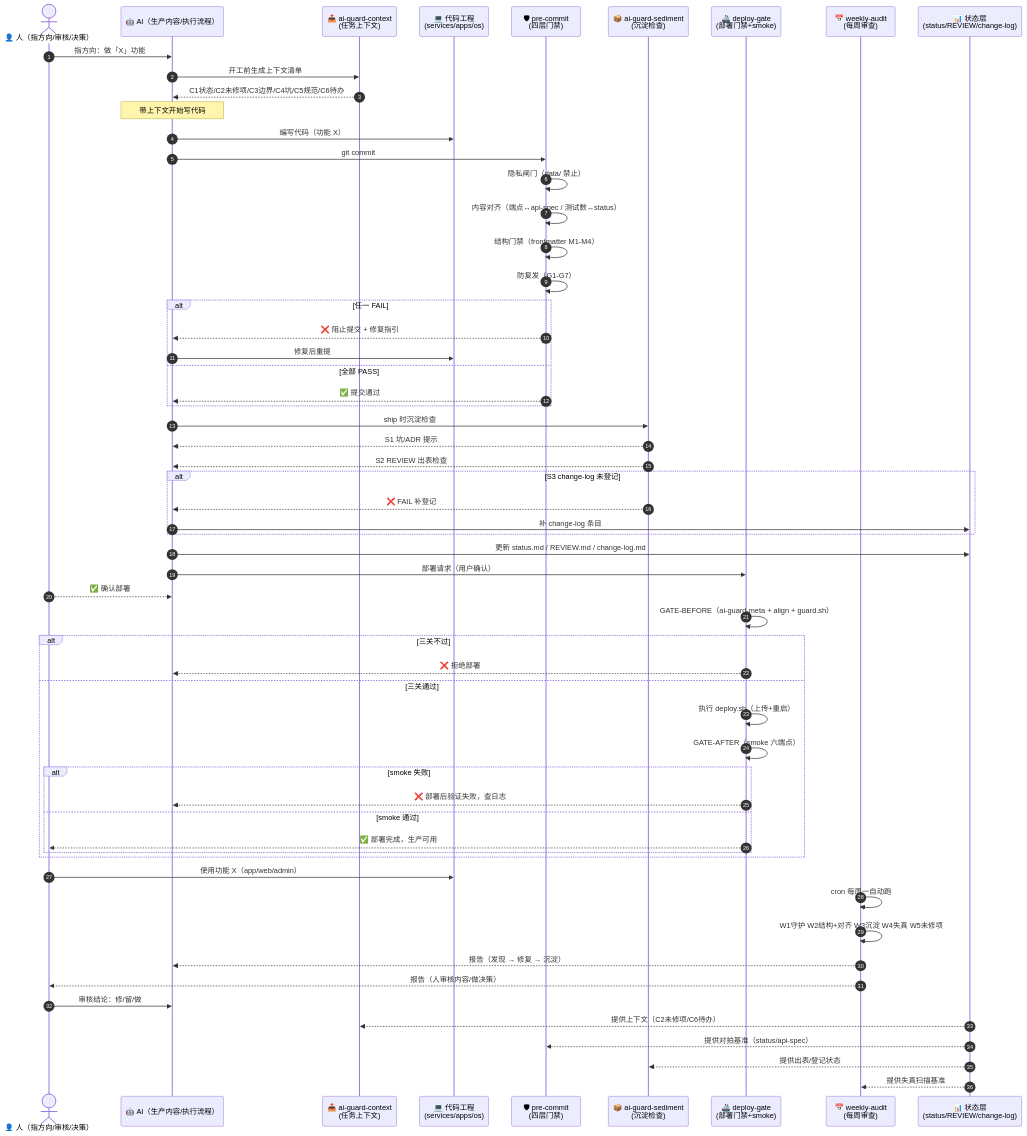
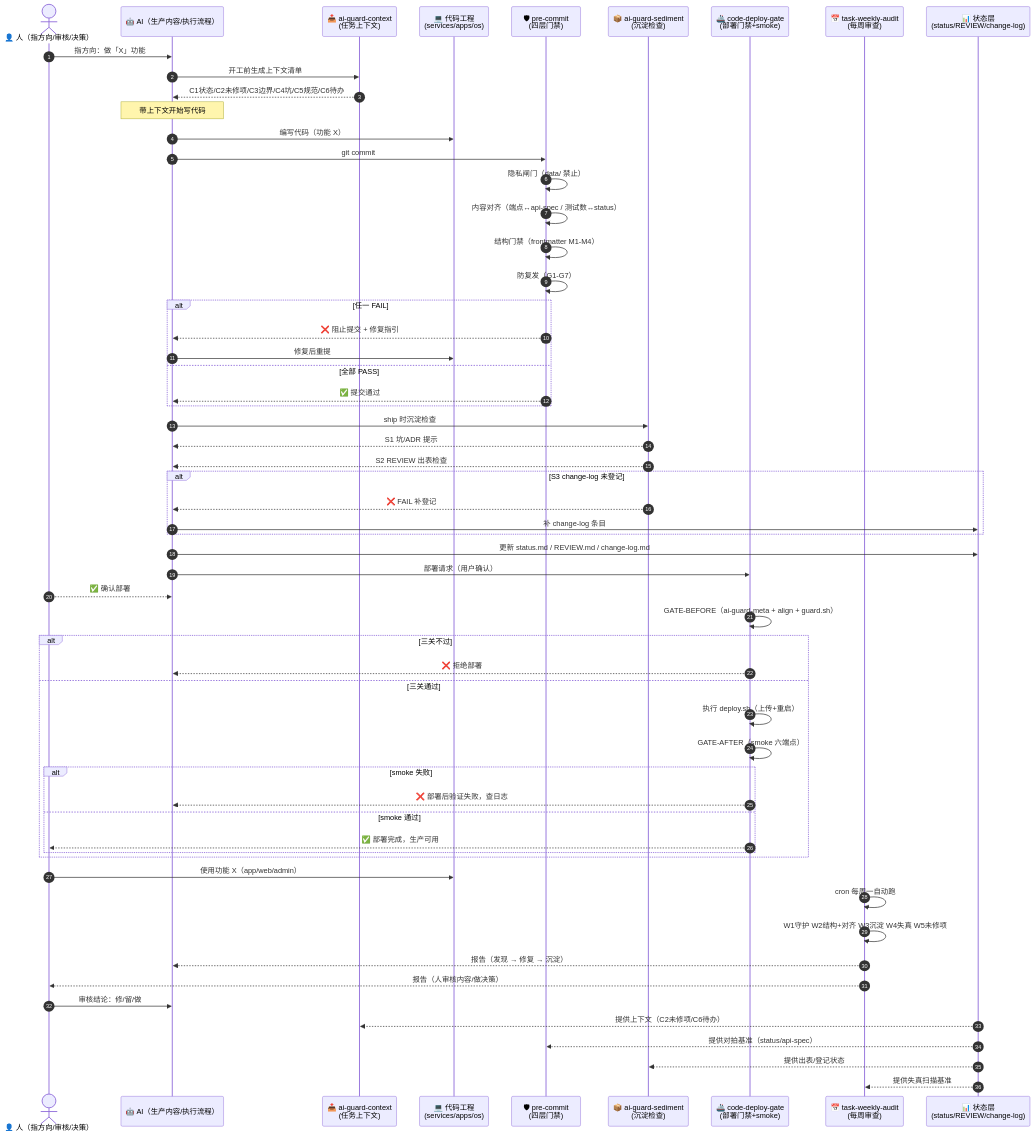
The diagram in .agents/method/pipeline-sequence.mmd (adaios/adaios), drawn with Mermaid before and after one commit. The commit also changed 90 other files, not shown here.

```diff
--- a/.agents/method/pipeline-sequence.mmd
+++ b/.agents/method/pipeline-sequence.mmd
@@ -1,79 +1,79 @@
 %% AdaiOS 功能生命周期时序图（Mermaid sequenceDiagram）
 %% 一个功能从「任务」到「上线」的完整交互顺序
 %% 渲染：Obsidian / GitHub / VS Code Mermaid 插件
 
 sequenceDiagram
     autonumber
     actor User as 👤 人（指方向/审核/决策）
     participant AI as 🤖 AI（生产内容/执行流程）
     participant CTX as 📥 ai-guard-context<br/>(任务上下文)
     participant CODE as 💻 代码工程<br/>(services/apps/os)
     participant HOOK as 🛡 pre-commit<br/>(四层门禁)
     participant SED as 📦 ai-guard-sediment<br/>(沉淀检查)
-    participant GATE as 🚢 deploy-gate<br/>(部署门禁+smoke)
-    participant WEEK as 📅 weekly-audit<br/>(每周审查)
+    participant GATE as 🚢 code-deploy-gate<br/>(部署门禁+smoke)
+    participant WEEK as 📅 task-weekly-audit<br/>(每周审查)
     participant STATE as 📊 状态层<br/>(status/REVIEW/change-log)
 
     %% ① 任务规划（进攻侧）
     User->>AI: 指方向：做「X」功能
     AI->>CTX: 开工前生成上下文清单
     CTX-->>AI: C1状态/C2未修项/C3边界/C4坑/C5规范/C6待办
     Note over AI: 带上下文开始写代码
 
     %% ② 开发
     AI->>CODE: 编写代码（功能 X）
 
     %% ③ 提交门禁（防守侧）
     AI->>HOOK: git commit
     HOOK->>HOOK: 隐私闸门（data/ 禁止）
     HOOK->>HOOK: 内容对齐（端点↔api-spec / 测试数↔status）
     HOOK->>HOOK: 结构门禁（frontmatter M1-M4）
     HOOK->>HOOK: 防复发（G1-G7）
     alt 任一 FAIL
         HOOK-->>AI: ❌ 阻止提交 + 修复指引
         AI->>CODE: 修复后重提
     else 全部 PASS
         HOOK-->>AI: ✅ 提交通过
     end
 
     %% ④ 沉淀检查（进攻侧②③）
     AI->>SED: ship 时沉淀检查
     SED-->>AI: S1 坑/ADR 提示
     SED-->>AI: S2 REVIEW 出表检查
     alt S3 change-log 未登记
         SED-->>AI: ❌ FAIL 补登记
         AI->>STATE: 补 change-log 条目
     end
     AI->>STATE: 更新 status.md / REVIEW.md / change-log.md
 
     %% ⑤ 部署门禁（触发侧·最硬）
     AI->>GATE: 部署请求（用户确认）
     User-->>AI: ✅ 确认部署
     GATE->>GATE: GATE-BEFORE（ai-guard-meta + align + guard.sh）
     alt 三关不过
         GATE-->>AI: ❌ 拒绝部署
     else 三关通过
         GATE->>GATE: 执行 deploy.sh（上传+重启）
         GATE->>GATE: GATE-AFTER（smoke 六端点）
         alt smoke 失败
             GATE-->>AI: ❌ 部署后验证失败，查日志
         else smoke 通过
             GATE-->>User: ✅ 部署完成，生产可用
         end
     end
 
     %% ⑥ 生产运行
     User->>CODE: 使用功能 X（app/web/admin）
 
     %% ⑦ 每周审查（旁路·防休眠）
     WEEK->>WEEK: cron 每周一自动跑
     WEEK->>WEEK: W1守护 W2结构+对齐 W3沉淀 W4失真 W5未修项
     WEEK-->>AI: 报告（发现 → 修复 → 沉淀）
     WEEK-->>User: 报告（人审核内容/做决策）
     User->>AI: 审核结论：修/留/做
 
     %% 状态层贯穿
     STATE-->>CTX: 提供上下文（C2未修项/C6待办）
     STATE-->>HOOK: 提供对拍基准（status/api-spec）
     STATE-->>SED: 提供出表/登记状态
     STATE-->>WEEK: 提供失真扫描基准
```
